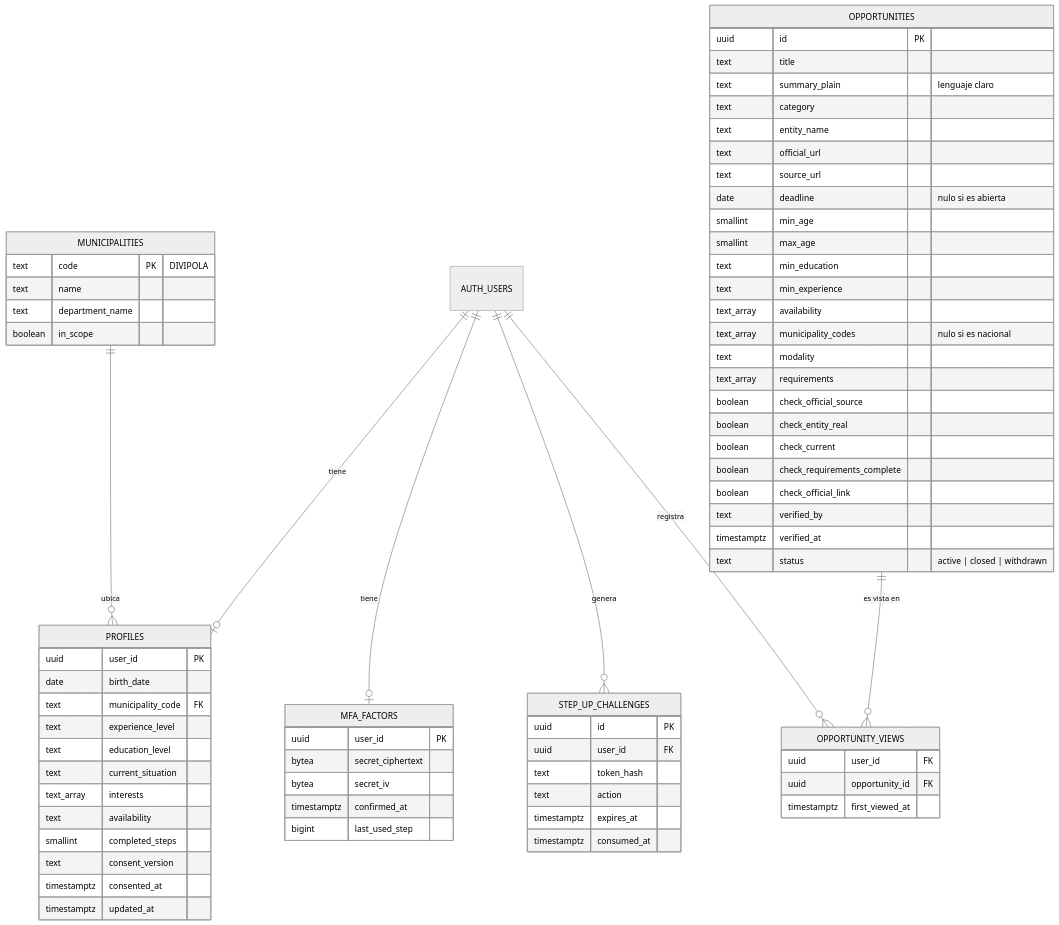
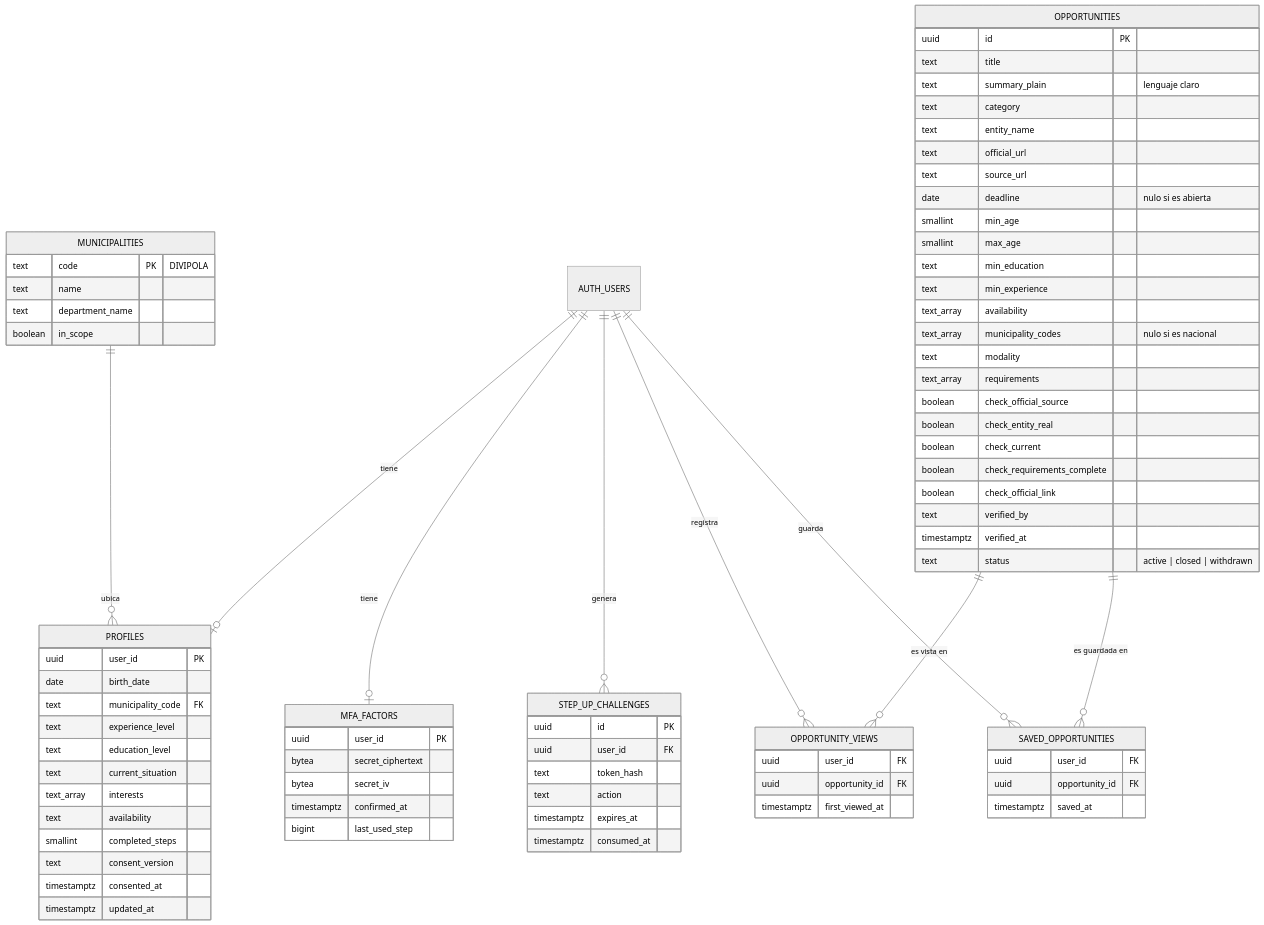
One commit to Carlos22709/Orienta- changed the second of 5 diagrams in docs/architecture/diseno-backend.md. Above: the diagram before and after it, drawn with Mermaid (neutral theme). The commit also changed other lines of this file and 4 other files, not shown here.

```diff
--- a/docs/architecture/diseno-backend.md
+++ b/docs/architecture/diseno-backend.md
@@ -45,6 +45,8 @@
   AUTH_USERS ||--o{ STEP_UP_CHALLENGES : genera
   AUTH_USERS ||--o{ OPPORTUNITY_VIEWS : registra
   OPPORTUNITIES ||--o{ OPPORTUNITY_VIEWS : "es vista en"
+  AUTH_USERS ||--o{ SAVED_OPPORTUNITIES : guarda
+  OPPORTUNITIES ||--o{ SAVED_OPPORTUNITIES : "es guardada en"
   MUNICIPALITIES ||--o{ PROFILES : ubica
 
   PROFILES {
@@ -98,6 +100,11 @@
     uuid opportunity_id FK
     timestamptz first_viewed_at
   }
+  SAVED_OPPORTUNITIES {
+    uuid user_id FK
+    uuid opportunity_id FK
+    timestamptz saved_at
+  }
   MFA_FACTORS {
     uuid user_id PK
     bytea secret_ciphertext
```
